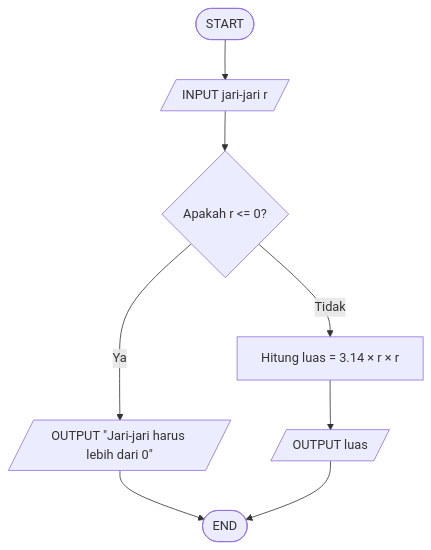
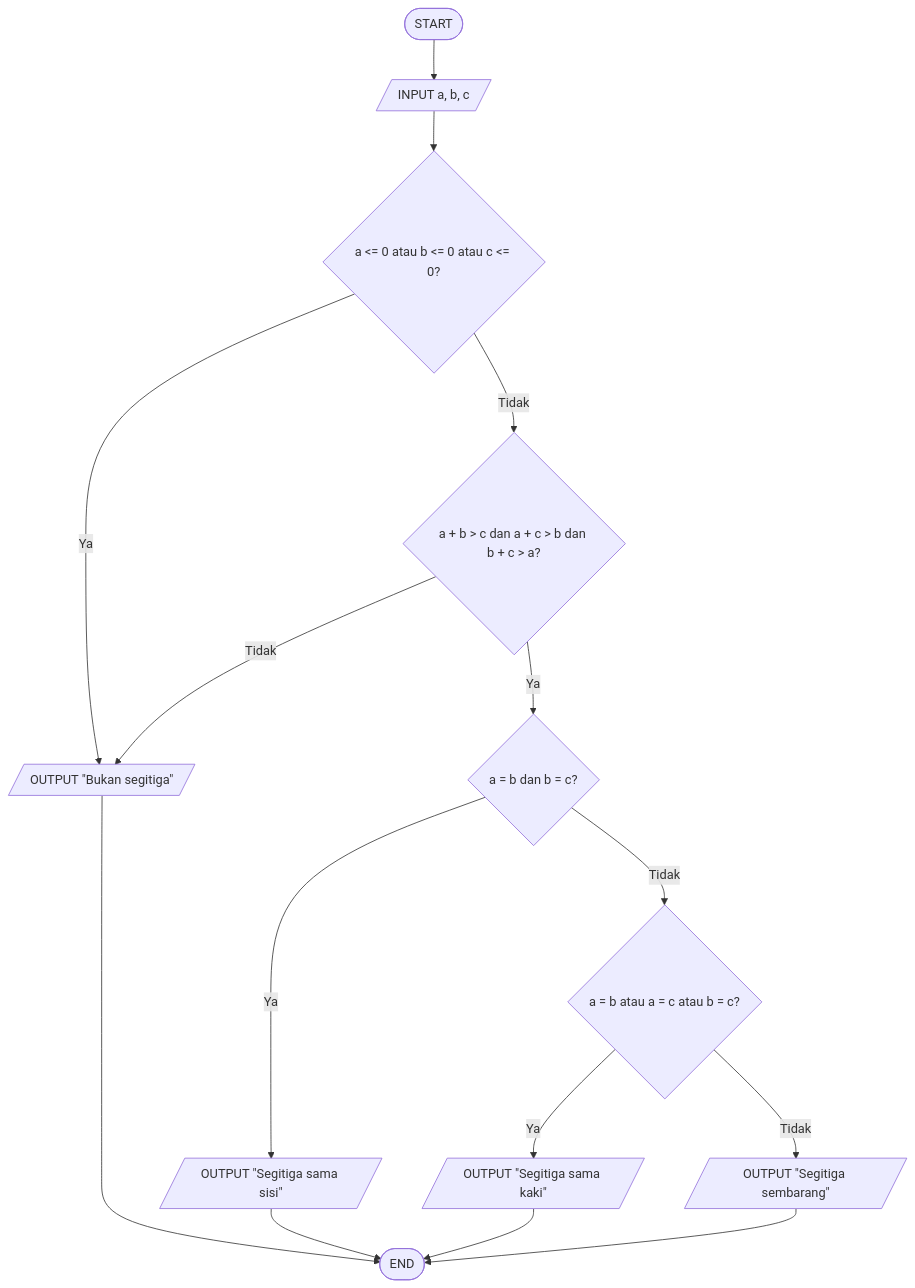
One commit to AzizahNurKholishah/ALGORITMA_PEMOGRAMAN_3E changed the diagram in README.md. Above: the diagram before and after it, drawn with Mermaid. The commit also changed other lines of this file, not shown here.

````diff
--- a/README.md
+++ b/README.md
@@ -34,13 +42,22 @@
 ```mermaid
 flowchart TD
-    A([START]) --> B[/INPUT jari-jari r/]
-    B --> C{Apakah r <= 0?}
+    A([START]) --> B[/INPUT a, b, c/]
+    B --> C{a <= 0 atau b <= 0 atau c <= 0?}
 
-    C -->|Ya| D[/OUTPUT "Jari-jari harus lebih dari 0"/]
-    C -->|Tidak| E[Hitung luas = 3.14 × r × r]
+    C -->|Ya| D[/OUTPUT "Bukan segitiga"/]
+    C -->|Tidak| E{a + b > c dan a + c > b dan b + c > a?}
 
-    E --> F[/OUTPUT luas/]
+    E -->|Tidak| D
+    E -->|Ya| F{a = b dan b = c?}
 
-    D --> G([END])
-    F --> G
+    F -->|Ya| G[/OUTPUT "Segitiga sama sisi"/]
+    F -->|Tidak| H{a = b atau a = c atau b = c?}
+
+    H -->|Ya| I[/OUTPUT "Segitiga sama kaki"/]
+    H -->|Tidak| J[/OUTPUT "Segitiga sembarang"/]
+
+    D --> K([END])
+    G --> K
+    I --> K
+    J --> K
 ```
````
